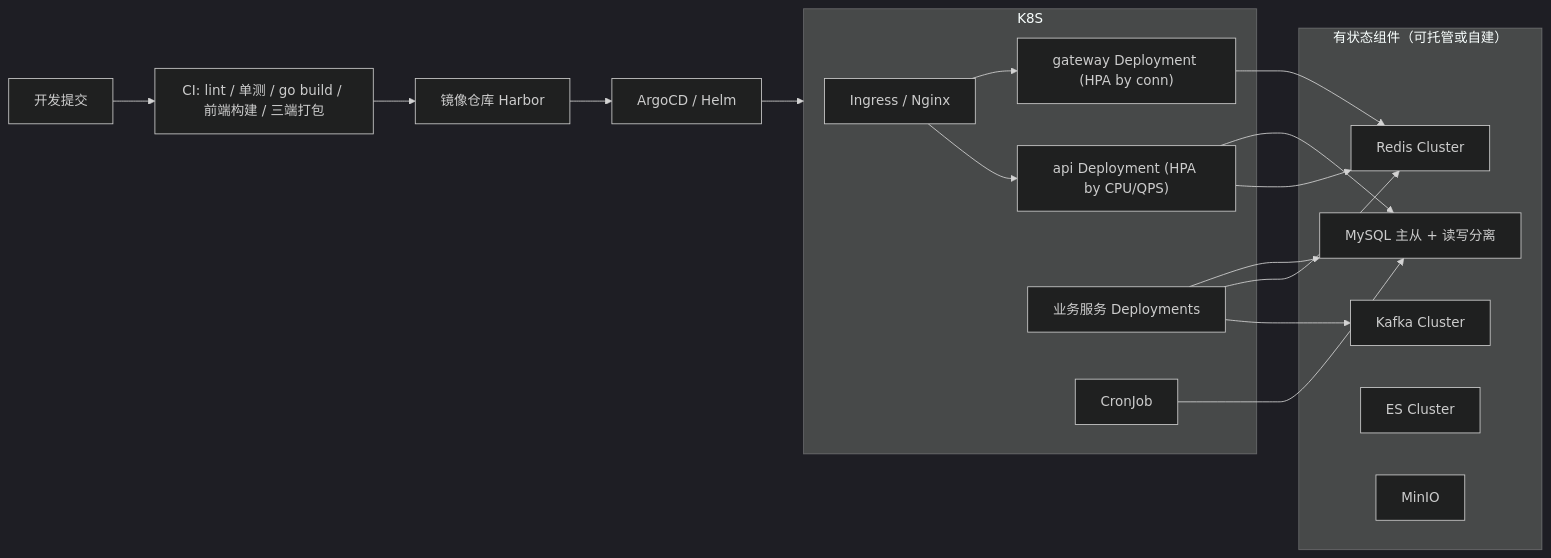
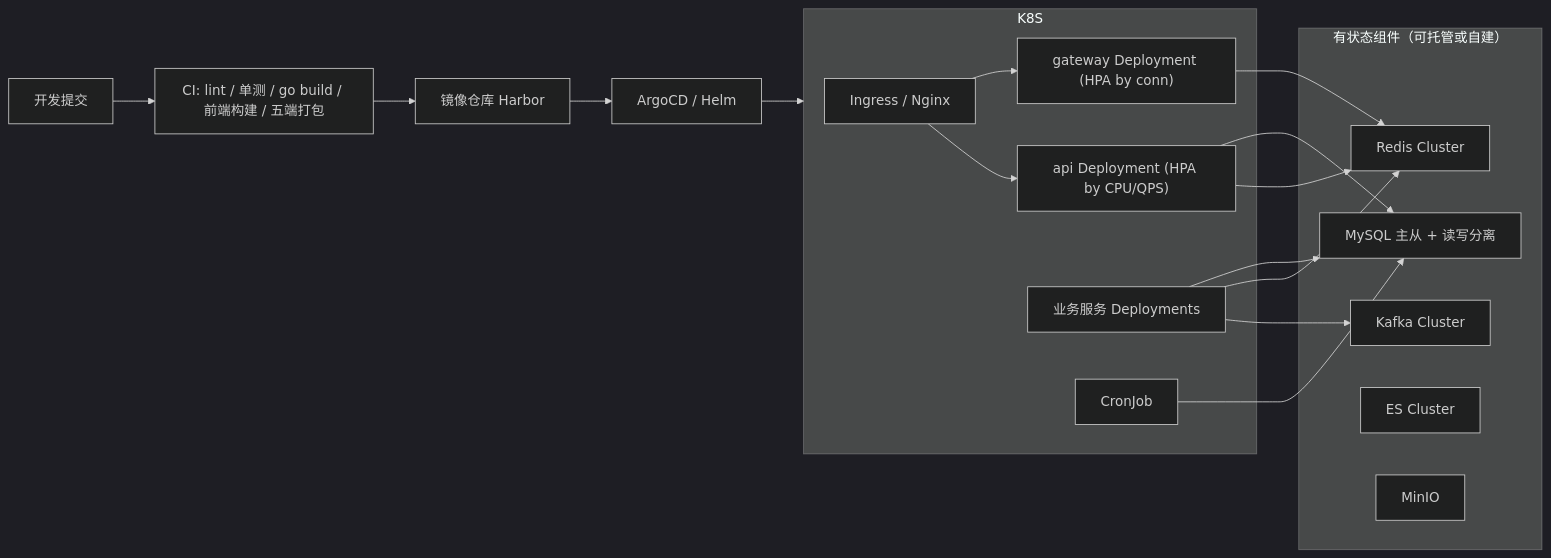
Diagram 11 of 12 in docs/02-技术架构文档.md (xiaoniuyun/NexIM), drawn with Mermaid (dark theme) before and after one commit. The commit also changed other lines of this file and 2 other files, not shown here.

````diff
--- a/docs/02-技术架构文档.md
+++ b/docs/02-技术架构文档.md
@@ -999,30 +1112,30 @@
 ```mermaid
 flowchart LR
-    DEV["开发提交"] --> CI["CI: lint / 单测 / go build / 前端构建 / 三端打包"]
+    DEV["开发提交"] --> CI["CI: lint / 单测 / go build / 前端构建 / 五端打包"]
     CI --> IMG["镜像仓库 Harbor"]
     IMG --> CD["ArgoCD / Helm"]
     CD --> K8S["K8s 集群"]
     subgraph K8S
         ING["Ingress / Nginx"]
         GW["gateway Deployment (HPA by conn)"]
         API["api Deployment (HPA by CPU/QPS)"]
         SVC["业务服务 Deployments"]
         JOB["CronJob"]
     end
     subgraph Stateful["有状态组件（可托管或自建）"]
         MY["MySQL 主从 + 读写分离"]
         RD["Redis Cluster"]
         KF["Kafka Cluster"]
         ES["ES Cluster"]
         MN["MinIO"]
     end
     ING --> GW
     ING --> API
     GW --> RD
     API --> MY
     API --> RD
     SVC --> MY
     SVC --> RD
     SVC --> KF
     JOB --> MY
 ```
````
